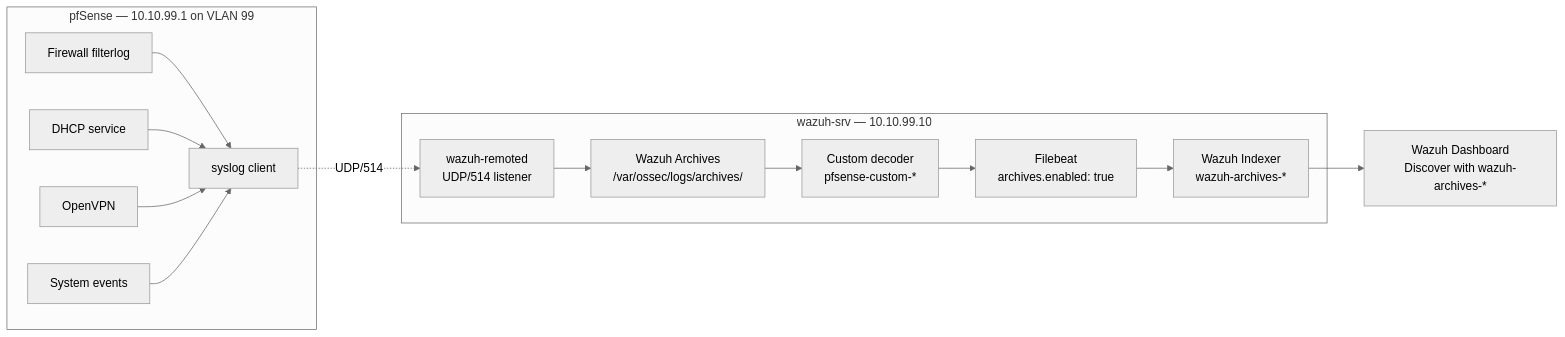
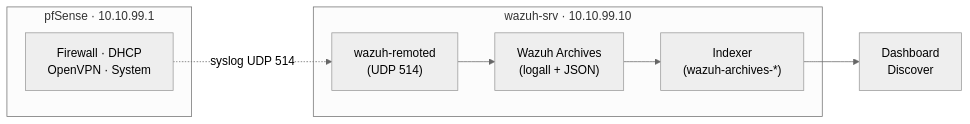
Before and after one commit to DanielBandarica02/SOC-HomeLab: the diagram in docs/02-soc-stack/04-pfsense-syslog.md, drawn with Mermaid (neutral theme).

````diff
--- a/docs/02-soc-stack/04-pfsense-syslog.md
+++ b/docs/02-soc-stack/04-pfsense-syslog.md
@@ -13,28 +13,15 @@
 ```mermaid
 flowchart LR
-    subgraph pfsense[pfSense — 10.10.99.1 on VLAN 99]
-        pf_fw[Firewall filterlog]
-        pf_dhcp[DHCP service]
-        pf_vpn[OpenVPN]
-        pf_sys[System events]
-        pf_syslog[syslog client]
-        pf_fw --> pf_syslog
-        pf_dhcp --> pf_syslog
-        pf_vpn --> pf_syslog
-        pf_sys --> pf_syslog
+    subgraph pf["pfSense · 10.10.99.1"]
+        events["Firewall · DHCP<br/>OpenVPN · System"]
     end
-    subgraph wazuh[wazuh-srv — 10.10.99.10]
-        remoted[wazuh-remoted<br/>UDP/514 listener]
-        archives[Wazuh Archives<br/>/var/ossec/logs/archives/]
-        decoder[Custom decoder<br/>pfsense-custom-*]
-        filebeat[Filebeat<br/>archives.enabled: true]
-        indexer[Wazuh Indexer<br/>wazuh-archives-*]
+    subgraph wz["wazuh-srv · 10.10.99.10"]
+        remoted["wazuh-remoted<br/>(UDP 514)"]
+        archives["Wazuh Archives<br/>(logall + JSON)"]
+        indexer["Indexer<br/>(wazuh-archives-*)"]
+        remoted --> archives --> indexer
     end
-    dashboard[Wazuh Dashboard<br/>Discover with wazuh-archives-*]
-    pf_syslog -.->|UDP/514| remoted
-    remoted --> archives
-    archives --> decoder
-    decoder --> filebeat
-    filebeat --> indexer
+    dashboard["Dashboard<br/>Discover"]
+    events -.->|syslog UDP 514| remoted
     indexer --> dashboard
 ```
````
